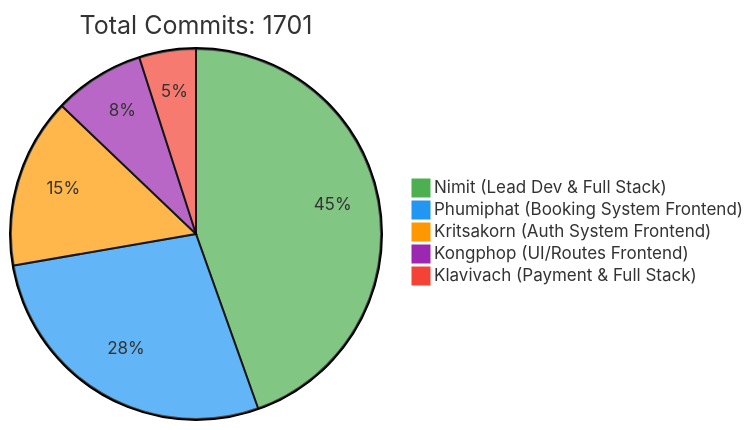
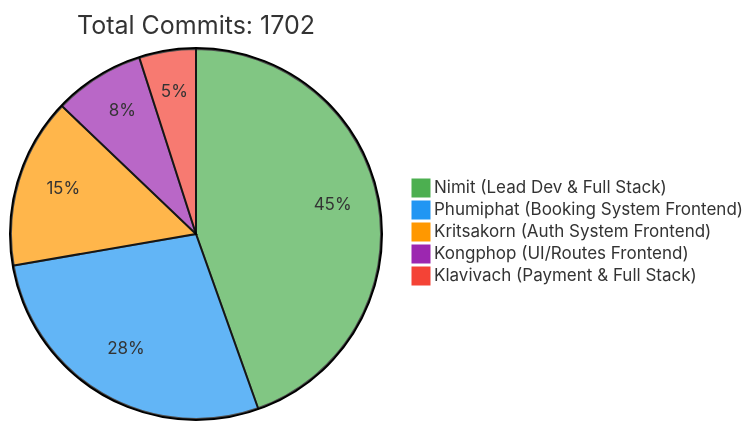
One commit to 6531503042/Sport-Complex changed the first of 2 diagrams in README.md. Above: the diagram before and after it, drawn with Mermaid. The commit also changed other lines of this file, not shown here.

Commit message:
docs: Update contributor statistics [skip ci]

````diff
--- a/README.md
+++ b/README.md
@@ -257,10 +257,10 @@
 ```mermaid
 %%{init: {'theme': 'base', 'themeVariables': { 'pie1': '#4CAF50', 'pie2': '#2196F3', 'pie3': '#FF9800', 'pie4': '#9C27B0', 'pie5': '#F44336'}}}%%
 pie
-    title Total Commits: 1701
+    title Total Commits: 1702
     "Nimit (Lead Dev & Full Stack)" : 450
     "Phumiphat (Booking System Frontend)" : 280
     "Kritsakorn (Auth System Frontend)" : 150
     "Kongphop (UI/Routes Frontend)" : 80
     "Klavivach (Payment & Full Stack)" : 50
 ```
````
